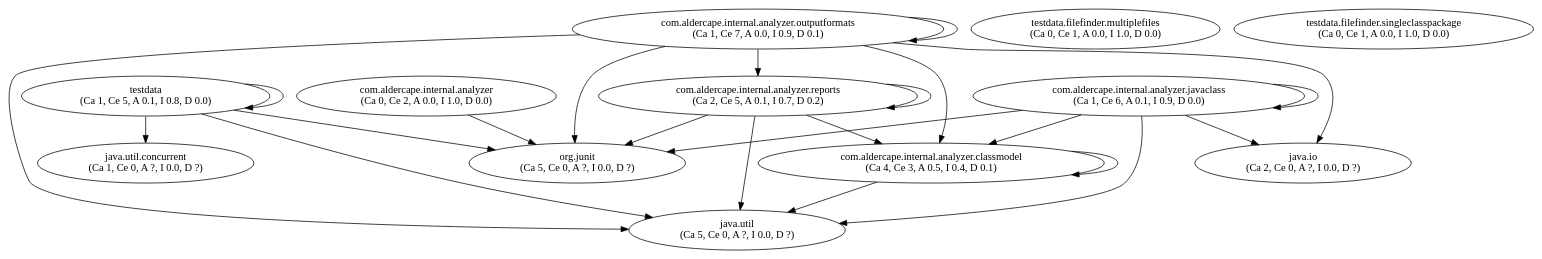
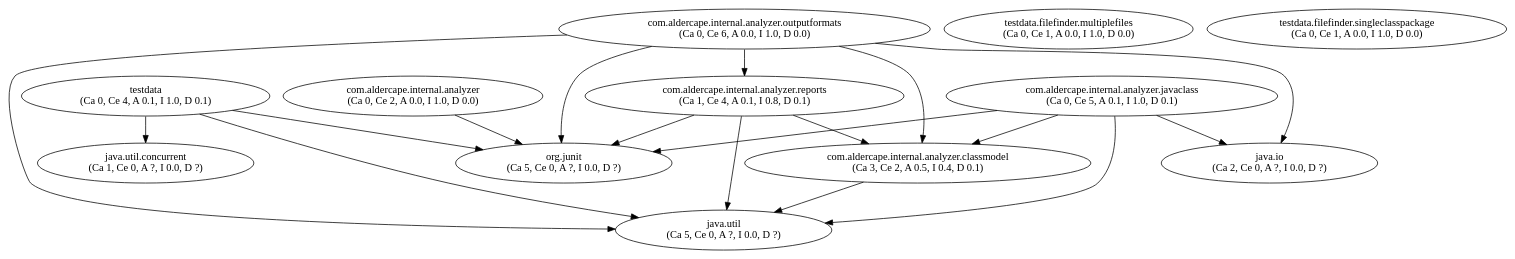
One commit to AlderCape/Analyzer changed the diagram in project.dot. Above: the diagram before and after it, drawn with Graphviz. The commit also changed 2 other files, not shown here.

```diff
--- a/project.dot
+++ b/project.dot
@@ -1,36 +1,31 @@
 digraph G {
 "com.aldercape.internal.analyzer" [label="com.aldercape.internal.analyzer\n(Ca 0, Ce 2, A 0.0, I 1.0, D 0.0)"];
-"com.aldercape.internal.analyzer.classmodel" [label="com.aldercape.internal.analyzer.classmodel\n(Ca 4, Ce 3, A 0.5, I 0.4, D 0.1)"];
-"com.aldercape.internal.analyzer.javaclass" [label="com.aldercape.internal.analyzer.javaclass\n(Ca 1, Ce 6, A 0.1, I 0.9, D 0.0)"];
-"com.aldercape.internal.analyzer.outputformats" [label="com.aldercape.internal.analyzer.outputformats\n(Ca 1, Ce 7, A 0.0, I 0.9, D 0.1)"];
-"com.aldercape.internal.analyzer.reports" [label="com.aldercape.internal.analyzer.reports\n(Ca 2, Ce 5, A 0.1, I 0.7, D 0.2)"];
+"com.aldercape.internal.analyzer.classmodel" [label="com.aldercape.internal.analyzer.classmodel\n(Ca 3, Ce 2, A 0.5, I 0.4, D 0.1)"];
+"com.aldercape.internal.analyzer.javaclass" [label="com.aldercape.internal.analyzer.javaclass\n(Ca 0, Ce 5, A 0.1, I 1.0, D 0.1)"];
+"com.aldercape.internal.analyzer.outputformats" [label="com.aldercape.internal.analyzer.outputformats\n(Ca 0, Ce 6, A 0.0, I 1.0, D 0.0)"];
+"com.aldercape.internal.analyzer.reports" [label="com.aldercape.internal.analyzer.reports\n(Ca 1, Ce 4, A 0.1, I 0.8, D 0.1)"];
 "java.io" [label="java.io\n(Ca 2, Ce 0, A ?, I 0.0, D ?)"];
 "java.util" [label="java.util\n(Ca 5, Ce 0, A ?, I 0.0, D ?)"];
 "java.util.concurrent" [label="java.util.concurrent\n(Ca 1, Ce 0, A ?, I 0.0, D ?)"];
 "org.junit" [label="org.junit\n(Ca 5, Ce 0, A ?, I 0.0, D ?)"];
-"testdata" [label="testdata\n(Ca 1, Ce 5, A 0.1, I 0.8, D 0.0)"];
+"testdata" [label="testdata\n(Ca 0, Ce 4, A 0.1, I 1.0, D 0.1)"];
 "testdata.filefinder.multiplefiles" [label="testdata.filefinder.multiplefiles\n(Ca 0, Ce 1, A 0.0, I 1.0, D 0.0)"];
 "testdata.filefinder.singleclasspackage" [label="testdata.filefinder.singleclasspackage\n(Ca 0, Ce 1, A 0.0, I 1.0, D 0.0)"];
 "com.aldercape.internal.analyzer" -> "org.junit";
-"com.aldercape.internal.analyzer.classmodel" -> "com.aldercape.internal.analyzer.classmodel";
 "com.aldercape.internal.analyzer.classmodel" -> "java.util";
 "com.aldercape.internal.analyzer.javaclass" -> "com.aldercape.internal.analyzer.classmodel";
-"com.aldercape.internal.analyzer.javaclass" -> "com.aldercape.internal.analyzer.javaclass";
 "com.aldercape.internal.analyzer.javaclass" -> "java.io";
 "com.aldercape.internal.analyzer.javaclass" -> "java.util";
 "com.aldercape.internal.analyzer.javaclass" -> "org.junit";
 "com.aldercape.internal.analyzer.outputformats" -> "com.aldercape.internal.analyzer.classmodel";
-"com.aldercape.internal.analyzer.outputformats" -> "com.aldercape.internal.analyzer.outputformats";
 "com.aldercape.internal.analyzer.outputformats" -> "com.aldercape.internal.analyzer.reports";
 "com.aldercape.internal.analyzer.outputformats" -> "java.io";
 "com.aldercape.internal.analyzer.outputformats" -> "java.util";
 "com.aldercape.internal.analyzer.outputformats" -> "org.junit";
 "com.aldercape.internal.analyzer.reports" -> "com.aldercape.internal.analyzer.classmodel";
-"com.aldercape.internal.analyzer.reports" -> "com.aldercape.internal.analyzer.reports";
 "com.aldercape.internal.analyzer.reports" -> "java.util";
 "com.aldercape.internal.analyzer.reports" -> "org.junit";
 "testdata" -> "java.util";
 "testdata" -> "java.util.concurrent";
 "testdata" -> "org.junit";
-"testdata" -> "testdata";
 }
```
